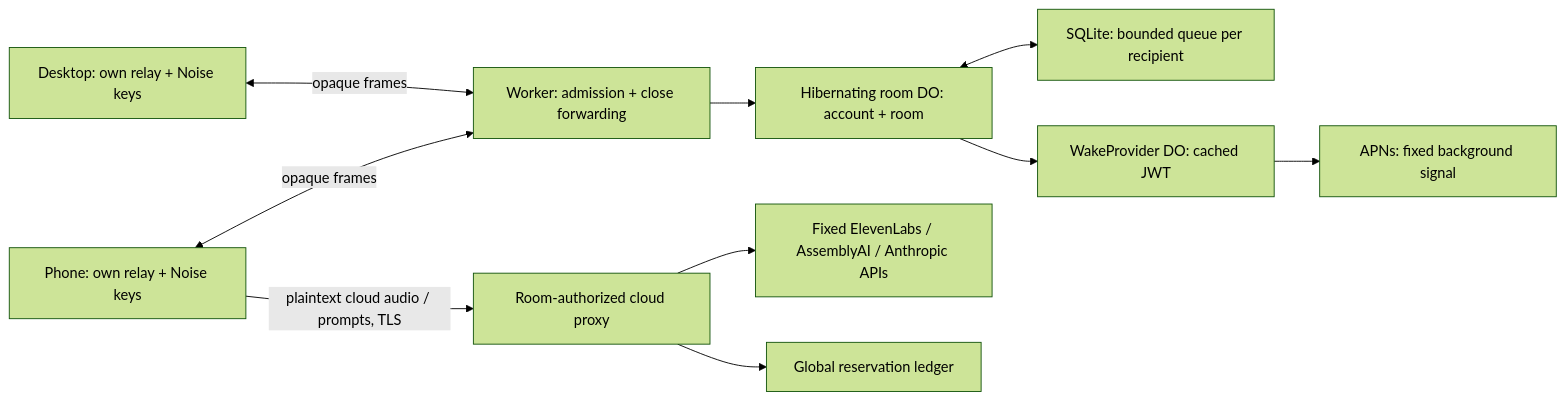
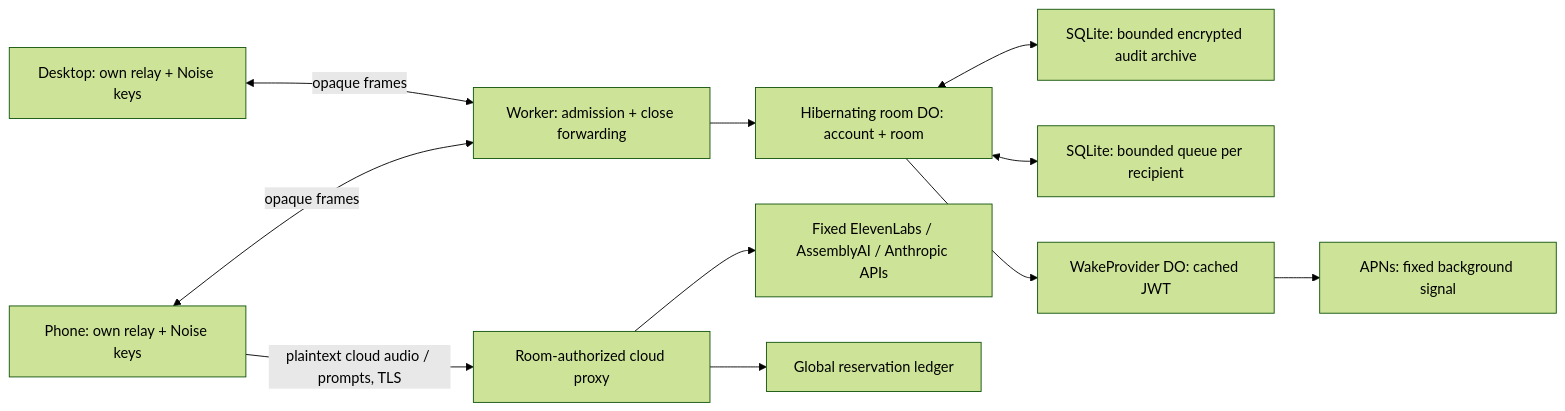
Before and after one commit to Harwasch/voiceremote: the diagram in SW/relay/README.md, drawn with Mermaid (forest theme). The commit also changed other lines of this file and 39 other files, not shown here.

Commit message:
SW: encrypted audit archive and recovery

````diff
--- a/SW/relay/README.md
+++ b/SW/relay/README.md
@@ -1,12 +1,13 @@
 ```mermaid
 flowchart LR
   Desktop[Desktop: own relay + Noise keys] <-->|opaque frames| Worker[Worker: admission + close forwarding]
   Phone[Phone: own relay + Noise keys] <-->|opaque frames| Worker
   Phone -->|plaintext cloud audio / prompts, TLS| Cloud[Room-authorized cloud proxy]
   Cloud --> Vendors[Fixed ElevenLabs / AssemblyAI / Anthropic APIs]
   Cloud --> Budget[Global reservation ledger]
   Worker --> Room[Hibernating room DO: account + room]
+  Room <--> Archive[SQLite: bounded encrypted audit archive]
   Room <--> Queue[SQLite: bounded queue per recipient]
   Room --> Wake[WakeProvider DO: cached JWT]
   Wake --> APNs[APNs: fixed background signal]
 ```
````
